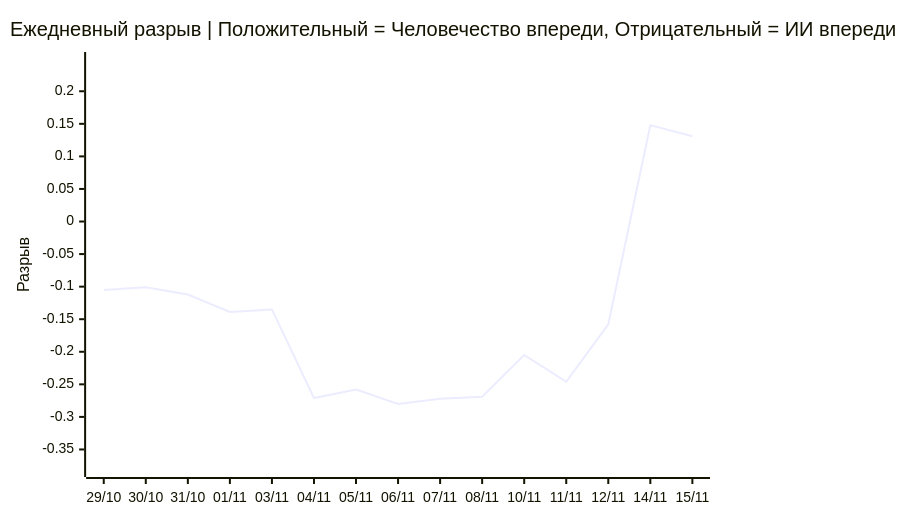
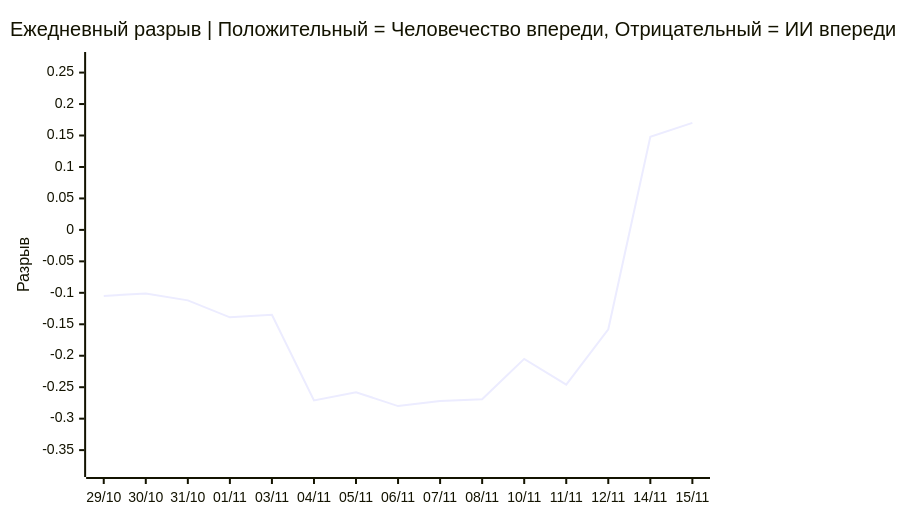
The third of 3 diagrams in README.ru.md (VQQLK/Human-AI-Monitor), drawn with Mermaid before and after one commit. The commit also changed other lines of this file and 2 other files, not shown here.

````diff
--- a/README.ru.md
+++ b/README.ru.md
@@ -54,7 +54,7 @@
 ```mermaid
 xychart-beta
     title "Ежедневный разрыв | Положительный = Человечество впереди, Отрицательный = ИИ впереди"
     x-axis ["29/10", "30/10", "31/10", "01/11", "03/11", "04/11", "05/11", "06/11", "07/11", "08/11", "10/11", "11/11", "12/11", "14/11", "15/11"]
-    y-axis "Разрыв" -0.380 --> 0.248
-    line [-0.105, -0.101, -0.112, -0.139, -0.135, -0.271, -0.258, -0.280, -0.272, -0.269, -0.205, -0.246, -0.158, 0.148, 0.131]
+    y-axis "Разрыв" -0.380 --> 0.270
+    line [-0.105, -0.101, -0.112, -0.139, -0.135, -0.271, -0.258, -0.280, -0.272, -0.269, -0.205, -0.246, -0.158, 0.148, 0.170]
 ```
````
